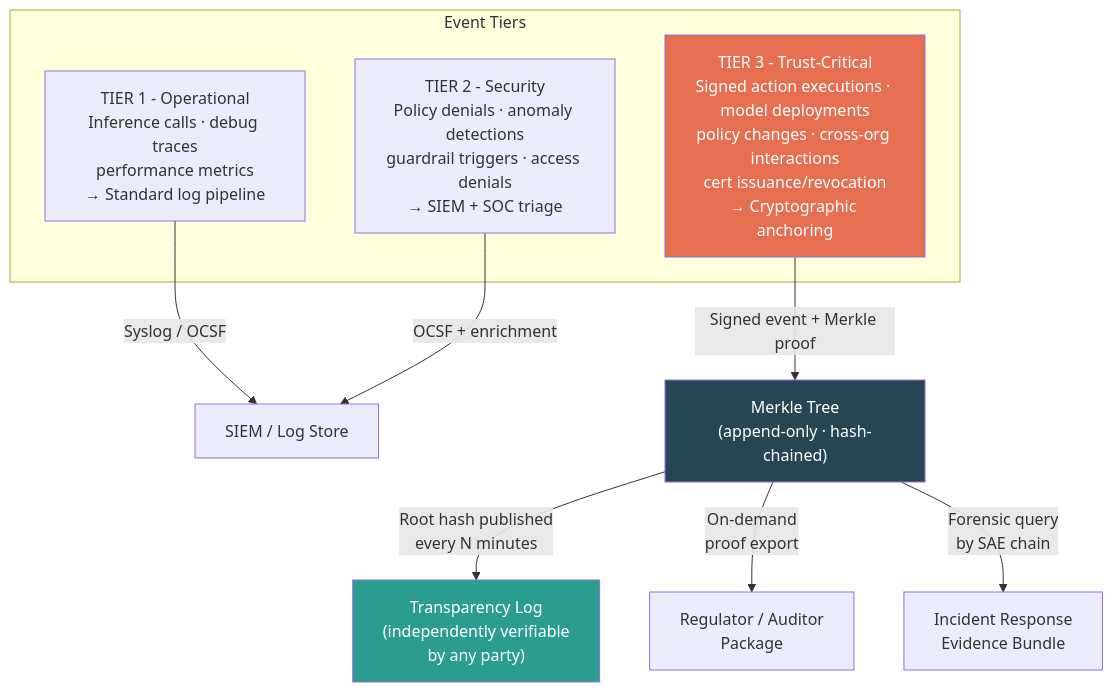
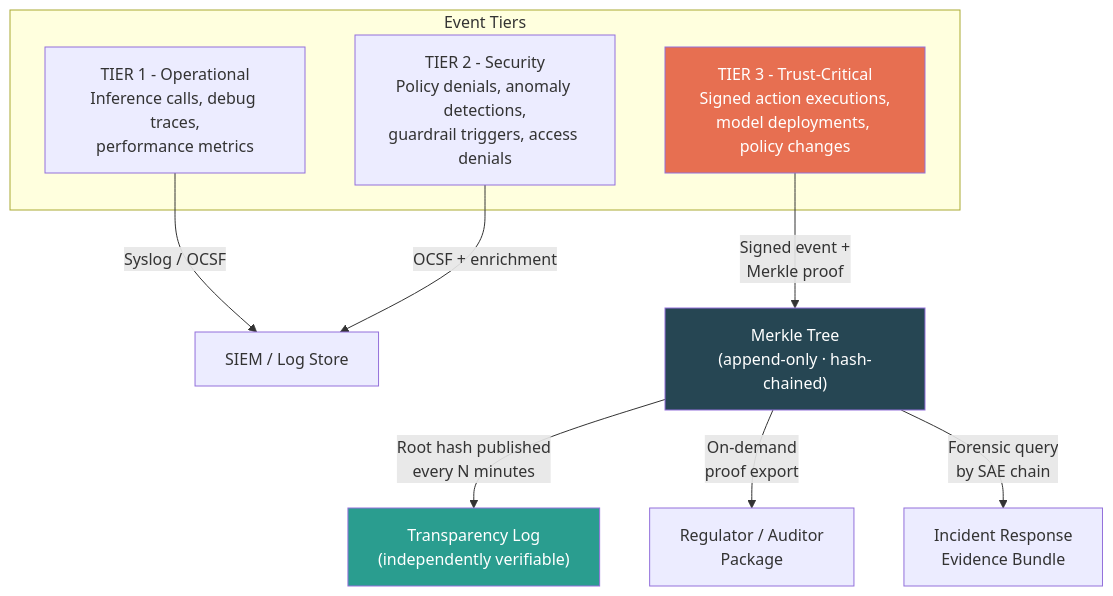
Before and after one commit to kjayashr/cryptographic-trust-layer: diagram 13 of 16 in cryptographic-trust-layer-thesis.md, drawn with Mermaid. The commit also changed other lines of this file, not shown here.

First line of the commit message:
Fix mermaid diagrams and add 10,000ft architecture overview

````diff
--- a/cryptographic-trust-layer-thesis.md
+++ b/cryptographic-trust-layer-thesis.md
@@ -508,20 +560,20 @@
 ```mermaid
 graph TB
     subgraph "Event Tiers"
-        TIER1["TIER 1 - Operational\nInference calls · debug traces\nperformance metrics\n→ Standard log pipeline"]
-        TIER2["TIER 2 - Security\nPolicy denials · anomaly detections\nguardrail triggers · access denials\n→ SIEM + SOC triage"]
-        TIER3["TIER 3 - Trust-Critical\nSigned action executions · model deployments\npolicy changes · cross-org interactions\ncert issuance/revocation\n→ Cryptographic anchoring"]
+        TIER1["TIER 1 - Operational<br/>Inference calls, debug traces,<br/>performance metrics"]
+        TIER2["TIER 2 - Security<br/>Policy denials, anomaly detections,<br/>guardrail triggers, access denials"]
+        TIER3["TIER 3 - Trust-Critical<br/>Signed action executions,<br/>model deployments, policy changes"]
     end
 
     TIER1 -->|"Syslog / OCSF"| SIEM["SIEM / Log Store"]
     TIER2 -->|"OCSF + enrichment"| SIEM
-    TIER3 -->|"Signed event + Merkle proof"| MERKLE["Merkle Tree\n(append-only · hash-chained)"]
+    TIER3 -->|"Signed event +<br/>Merkle proof"| MERKLE["Merkle Tree<br/>(append-only · hash-chained)"]
 
-    MERKLE -->|"Root hash published\nevery N minutes"| TLOG["Transparency Log\n(independently verifiable\nby any party)"]
-    MERKLE -->|"On-demand\nproof export"| AUDIT["Regulator / Auditor\nPackage"]
-    MERKLE -->|"Forensic query\nby SAE chain"| IR["Incident Response\nEvidence Bundle"]
+    MERKLE -->|"Root hash published<br/>every N minutes"| TLOG["Transparency Log<br/>(independently verifiable)"]
+    MERKLE -->|"On-demand<br/>proof export"| AUDIT["Regulator / Auditor<br/>Package"]
+    MERKLE -->|"Forensic query<br/>by SAE chain"| IR["Incident Response<br/>Evidence Bundle"]
 
     style TIER3 fill:#e76f51,color:#fff
     style MERKLE fill:#264653,color:#fff
     style TLOG fill:#2a9d8f,color:#fff
 ```
````
